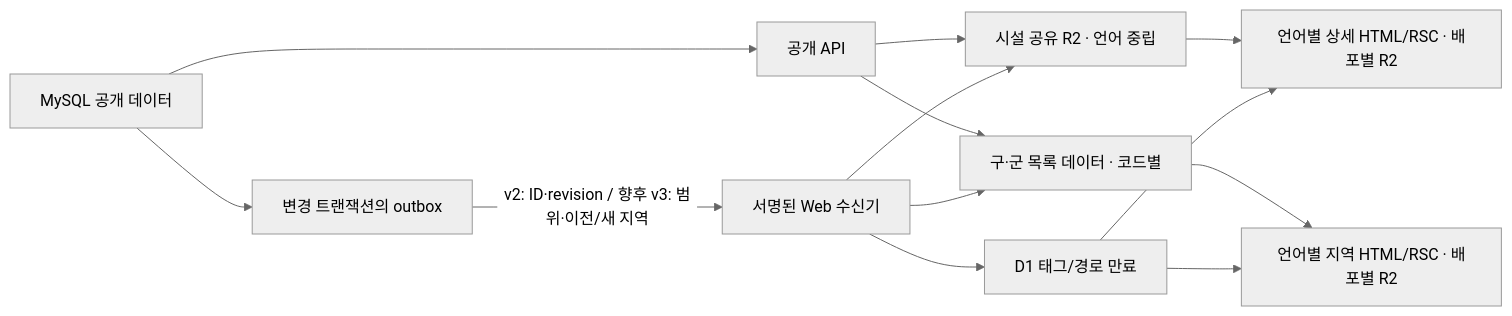
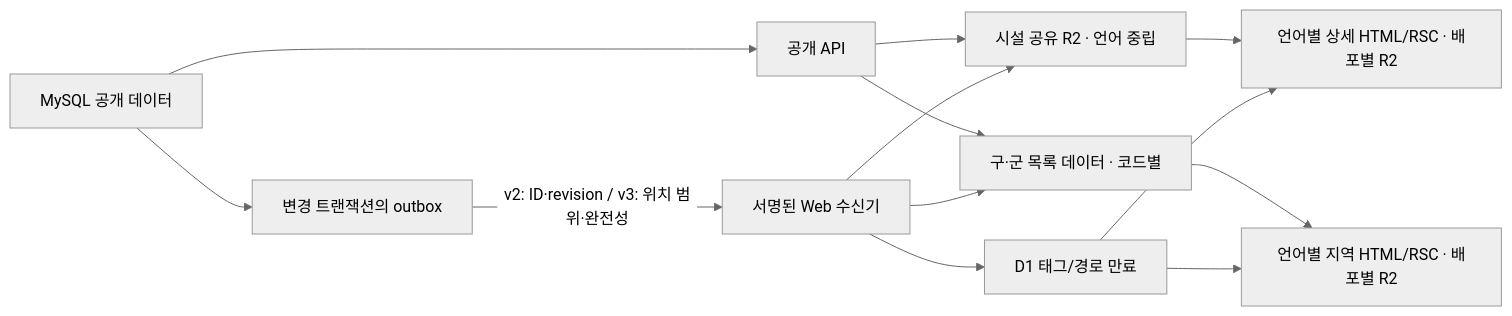
The diagram in docs/public-cache-strategy-20260922.md (toilet-project/toilet-web), drawn with Mermaid (neutral theme) before and after one commit. The commit also changed other lines of this file, not shown here.

````diff
--- a/docs/public-cache-strategy-20260922.md
+++ b/docs/public-cache-strategy-20260922.md
@@ -48,15 +48,15 @@
 ```mermaid
 flowchart LR
     DB[MySQL 공개 데이터] --> API[공개 API]
     DB --> O[변경 트랜잭션의 outbox]
     API --> D[시설 공유 R2 · 언어 중립]
     API --> G[구·군 목록 데이터 · 코드별]
     D --> P[언어별 상세 HTML/RSC · 배포별 R2]
     G --> R[언어별 지역 HTML/RSC · 배포별 R2]
-    O -->|v2: ID·revision / 향후 v3: 범위·이전/새 지역| W[서명된 Web 수신기]
+    O -->|v2: ID·revision / v3: 위치 범위·완전성| W[서명된 Web 수신기]
     W --> D
     W --> G
     W --> T[D1 태그/경로 만료]
     T --> P
     T --> R
 ```
````
